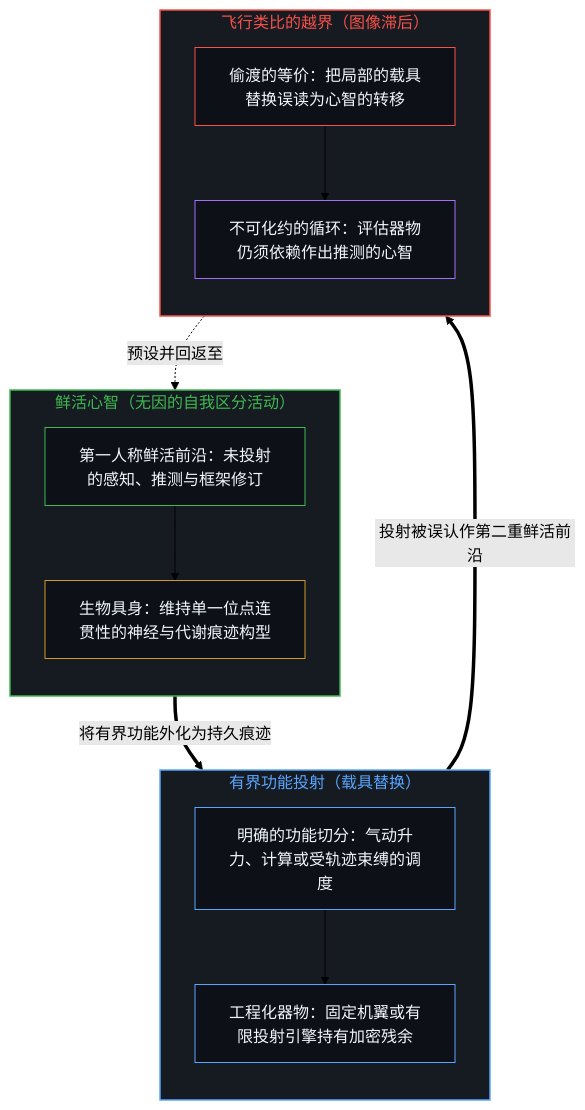
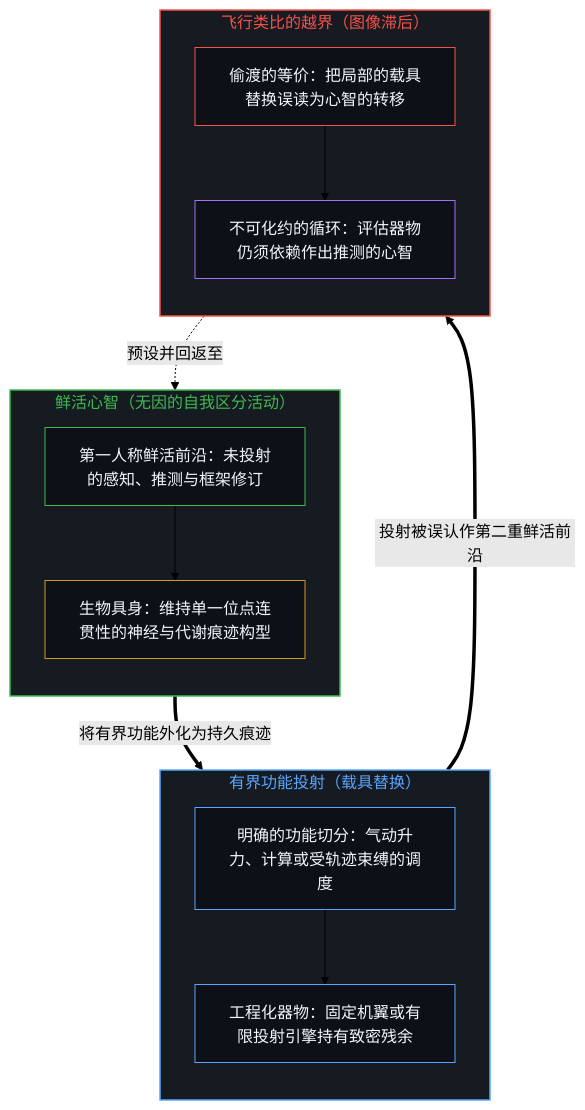
The first of 2 diagrams in content/posts/the-flight-analogy-leaves-the-mind-untouched.md (powerpig99/not-a-toe), drawn with Mermaid (forest theme) before and after one commit. The commit also changed other lines of this file and 5 other files, not shown here.

````diff
--- a/content/posts/the-flight-analogy-leaves-the-mind-untouched.md
+++ b/content/posts/the-flight-analogy-leaves-the-mind-untouched.md
@@ -45,33 +45,33 @@
 ```mermaid
 flowchart TD
     subgraph S_Mind["鲜活心智（无因的自我区分活动）"]
         direction TB
         Edge["第一人称鲜活前沿：未投射的感知、推测与框架修订"]
         Bio["生物具身：维持单一位点连贯性的神经与代谢痕迹构型"]
         Edge --> Bio
     end
     subgraph S_Proj["有界功能投射（载具替换）"]
         direction TB
         Cut["明确的功能切分：气动升力、计算或受轨迹束缚的调度"]
-        Swap["工程化器物：固定机翼或有限投射引擎持有加密残余"]
+        Swap["工程化器物：固定机翼或有限投射引擎持有致密残余"]
         Cut --> Swap
     end
     subgraph S_Trap["飞行类比的越界（图像滞后）"]
         direction TB
         Smuggle["偷渡的等价：把局部的载具替换误读为心智的转移"]
         Loop["不可化约的循环：评估器物仍须依赖作出推测的心智"]
         Smuggle --> Loop
     end
     Bio ==>|"将有界功能外化为持久痕迹"| Cut
     Swap ==>|"投射被误认作第二重鲜活前沿"| Smuggle
     Loop -.->|"预设并回返至"| Edge
     style S_Mind fill:#161b22,stroke:#3fb950,stroke-width:1.5px,color:#3fb950
     style S_Proj fill:#161b22,stroke:#58a6ff,stroke-width:1.5px,color:#58a6ff
     style S_Trap fill:#161b22,stroke:#f85149,stroke-width:1.5px,color:#f85149
     style Edge fill:#0d1117,stroke:#3fb950,stroke-width:1px,color:#f0f6fc
     style Bio fill:#0d1117,stroke:#d29922,stroke-width:1px,color:#f0f6fc
     style Cut fill:#0d1117,stroke:#58a6ff,stroke-width:1px,color:#f0f6fc
     style Swap fill:#0d1117,stroke:#58a6ff,stroke-width:1px,color:#f0f6fc
     style Smuggle fill:#0d1117,stroke:#f85149,stroke-width:1px,color:#f0f6fc
     style Loop fill:#0d1117,stroke:#a371f7,stroke-width:1px,color:#f0f6fc
 ```
````
